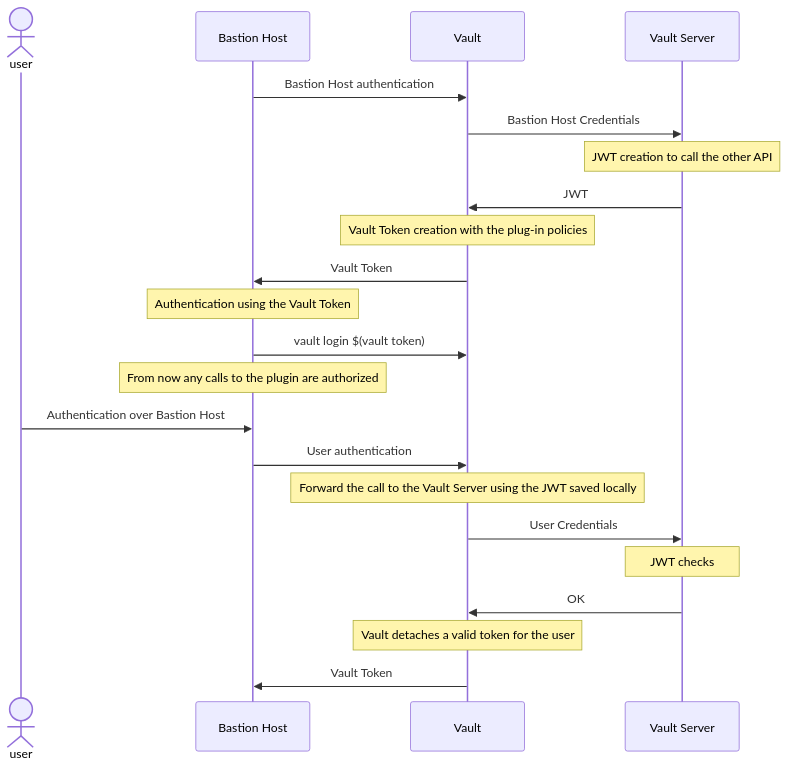
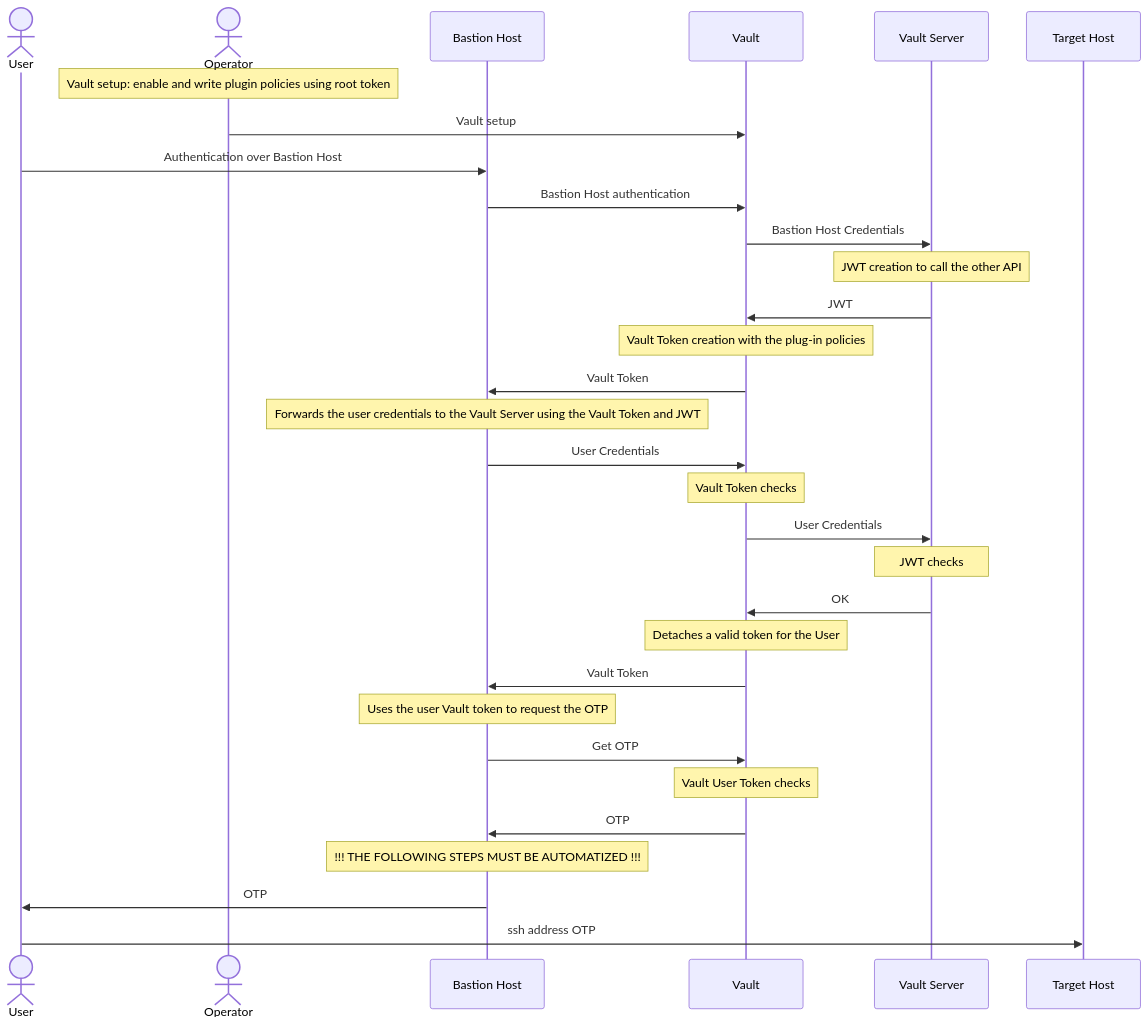
Before and after one commit to fedehsq/vault-auth-plugin: the diagram in README.md, drawn with Mermaid. The commit also changed other lines of this file and 27 other files, not shown here.

````diff
--- a/README.md
+++ b/README.md
@@ -15,24 +13,34 @@
 ```mermaid
 sequenceDiagram
-actor user
+    actor User
+    actor Operator
     participant Bastion Host
     participant Vault
     participant Vault Server
+    participant Target Host
+    note over Operator: Vault setup: enable and write plugin policies using root token
+    Operator->>Vault: Vault setup
+    User->>Bastion Host: Authentication over Bastion Host
     Bastion Host->>Vault: Bastion Host authentication
     Vault->>Vault Server: Bastion Host Credentials
     Note over Vault Server: JWT creation to call the other API
     Vault Server->>Vault: JWT 
     note over Vault: Vault Token creation with the plug-in policies
     Vault->>Bastion Host: Vault Token 
-    note over Bastion Host: Authentication using the Vault Token
-    Bastion Host->>Vault: vault login $(vault token)
-    note over Bastion Host: From now any calls to the plugin are authorized
-    user->>Bastion Host: Authentication over Bastion Host
-    Bastion Host->>Vault: User authentication
-    note over Vault: Forward the call to the Vault Server using the JWT saved locally
+    note over Bastion Host: Forwards the user credentials to the Vault Server using the Vault Token and JWT
+    Bastion Host->>Vault: User Credentials
+    note over Vault:Vault Token checks
     Vault->>Vault Server: User Credentials
     note over Vault Server: JWT checks
     Vault Server->>Vault: OK
-    note over Vault: Vault detaches a valid token for the user
+    note over Vault: Detaches a valid token for the User
     Vault->>Bastion Host: Vault Token
+    note over Bastion Host: Uses the user Vault token to request the OTP
+    Bastion Host->>Vault: Get OTP
+    note over Vault:Vault User Token checks
+    Vault->>Bastion Host: OTP
+    note over Bastion Host: !!! THE FOLLOWING STEPS MUST BE AUTOMATIZED !!!
+    Bastion Host->>User: OTP
+    User->>Target Host: ssh address OTP
+
 ```
````
